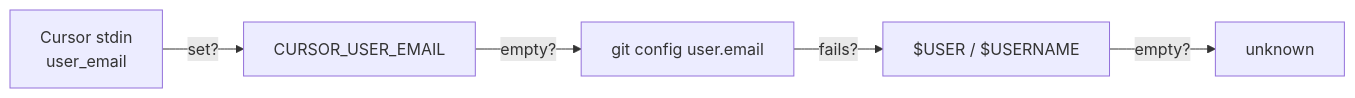
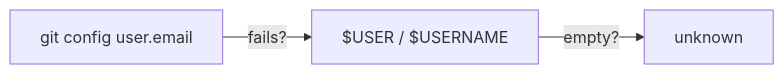
One commit to cdot65/prisma-airs-codex-hooks changed the diagram in docs/reference/environment-variables.md. Above: the diagram before and after it, drawn with Mermaid. The commit also changed other lines of this file and 23 other files, not shown here.

````diff
--- a/docs/reference/environment-variables.md
+++ b/docs/reference/environment-variables.md
@@ -35,7 +25,5 @@
 ```mermaid
 flowchart LR
-    A[Cursor stdin<br/>user_email] -->|set?| B[CURSOR_USER_EMAIL]
-    B -->|empty?| C[git config user.email]
-    C -->|fails?| D["$USER / $USERNAME"]
-    D -->|empty?| E["unknown"]
+    A[git config user.email] -->|fails?| B["$USER / $USERNAME"]
+    B -->|empty?| C["unknown"]
 ```
````
